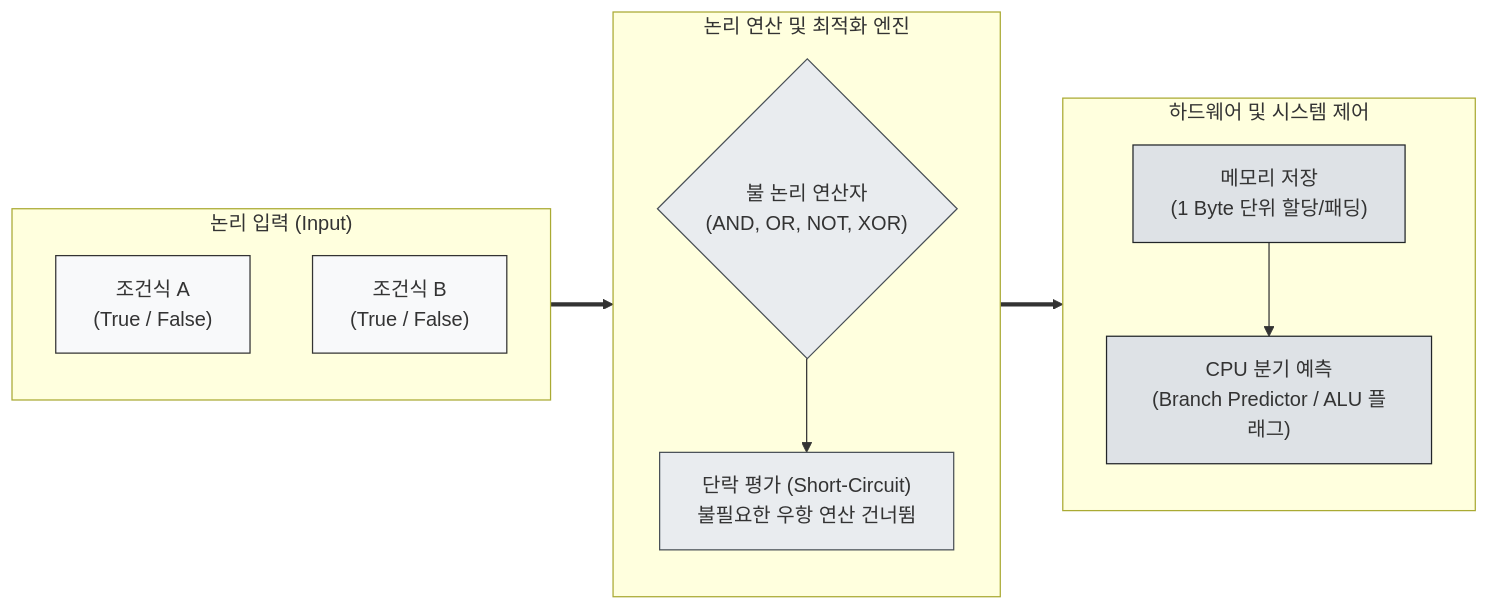
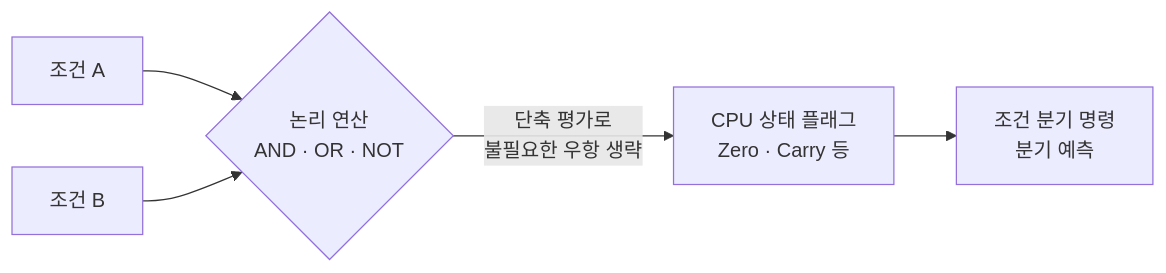
Before and after one commit to supremethumb/supremethumb.github.io: the diagram in content/01_IT Tech/Boolean Type.md, drawn with Mermaid. The commit also changed other lines of this file and 1087 other files, not shown here.

````diff
--- a/content/01_IT Tech/Boolean Type.md
+++ b/content/01_IT Tech/Boolean Type.md
@@ -27,31 +36,7 @@
 ```mermaid
 flowchart LR
-    subgraph INPUT["논리 입력 (Input)"]
-        A["조건식 A<br/>(True / False)"]
-        B["조건식 B<br/>(True / False)"]
-    end
-
-    subgraph ENGINE["논리 연산 및 최적화 엔진"]
-        direction TB
-        OP{"불 논리 연산자<br/>(AND, OR, NOT, XOR)"}
-        SC["단락 평가 (Short-Circuit)<br/>불필요한 우항 연산 건너뜀"]
-        OP --> SC
-    end
-
-    subgraph OUTPUT["하드웨어 및 시스템 제어"]
-        direction TB
-        MEM["메모리 저장<br/>(1 Byte 단위 할당/패딩)"]
-        BRANCH["CPU 분기 예측<br/>(Branch Predictor / ALU 플래그)"]
-        MEM --> BRANCH
-    end
-
-    INPUT ==> ENGINE ==> OUTPUT
-
-    classDef in fill:#f8f9fa,stroke:#333,stroke-width:1px;
-    classDef eng fill:#e9ecef,stroke:#495057,stroke-width:1px;
-    classDef out fill:#dee2e6,stroke:#212529,stroke-width:1px;
-    class A,B in;
-    class OP,SC eng;
-    class MEM,BRANCH out;
-
+    A["조건 A"] --> OP{"논리 연산<br/>AND · OR · NOT"}
+    B["조건 B"] --> OP
+    OP -- "단축 평가로<br/>불필요한 우항 생략" --> F["CPU 상태 플래그<br/>Zero · Carry 등"]
+    F --> BR["조건 분기 명령<br/>분기 예측"]
 ```
````
